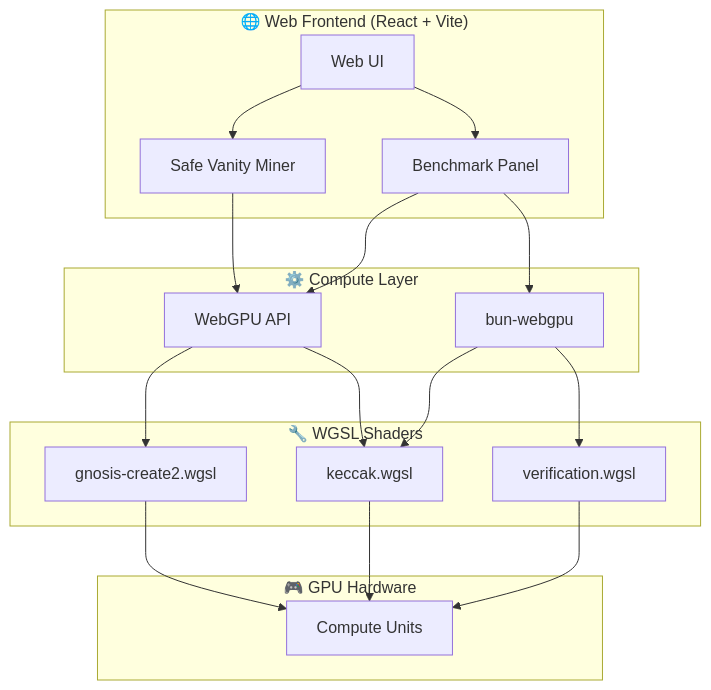
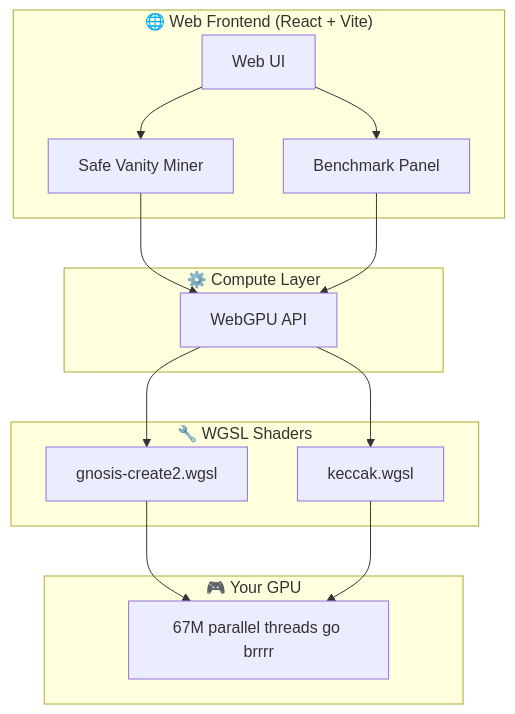
The second of 2 diagrams in README.md (xinbenlv/prettysafe), drawn with Mermaid before and after one commit. The commit also changed other lines of this file and 5 other files, not shown here.

````diff
--- a/README.md
+++ b/README.md
@@ -33,36 +90,24 @@
 ```mermaid
 flowchart TB
     subgraph Frontend["🌐 Web Frontend (React + Vite)"]
         UI[Web UI]
         Miner[Safe Vanity Miner]
         Bench[Benchmark Panel]
     end
 
     subgraph Backend["⚙️ Compute Layer"]
         WebGPU[WebGPU API]
-        BunGPU[bun-webgpu]
     end
 
     subgraph Shaders["🔧 WGSL Shaders"]
         GnosisSafe[gnosis-create2.wgsl]
         Keccak[keccak.wgsl]
-        Verify[verification.wgsl]
     end
 
-    subgraph GPU["🎮 GPU Hardware"]
-        Compute[Compute Units]
+    subgraph GPU["🎮 Your GPU"]
+        Compute[67M parallel threads go brrrr]
     end
 
-    UI --> Miner
-    UI --> Bench
-    Miner --> WebGPU
-    Bench --> WebGPU
-    Bench --> BunGPU
-    WebGPU --> GnosisSafe
-    WebGPU --> Keccak
-    BunGPU --> Keccak
-    BunGPU --> Verify
-    GnosisSafe --> Compute
-    Keccak --> Compute
-    Verify --> Compute
+    UI --> Miner --> WebGPU --> GnosisSafe --> Compute
+    UI --> Bench --> WebGPU --> Keccak --> Compute
 ```
````
